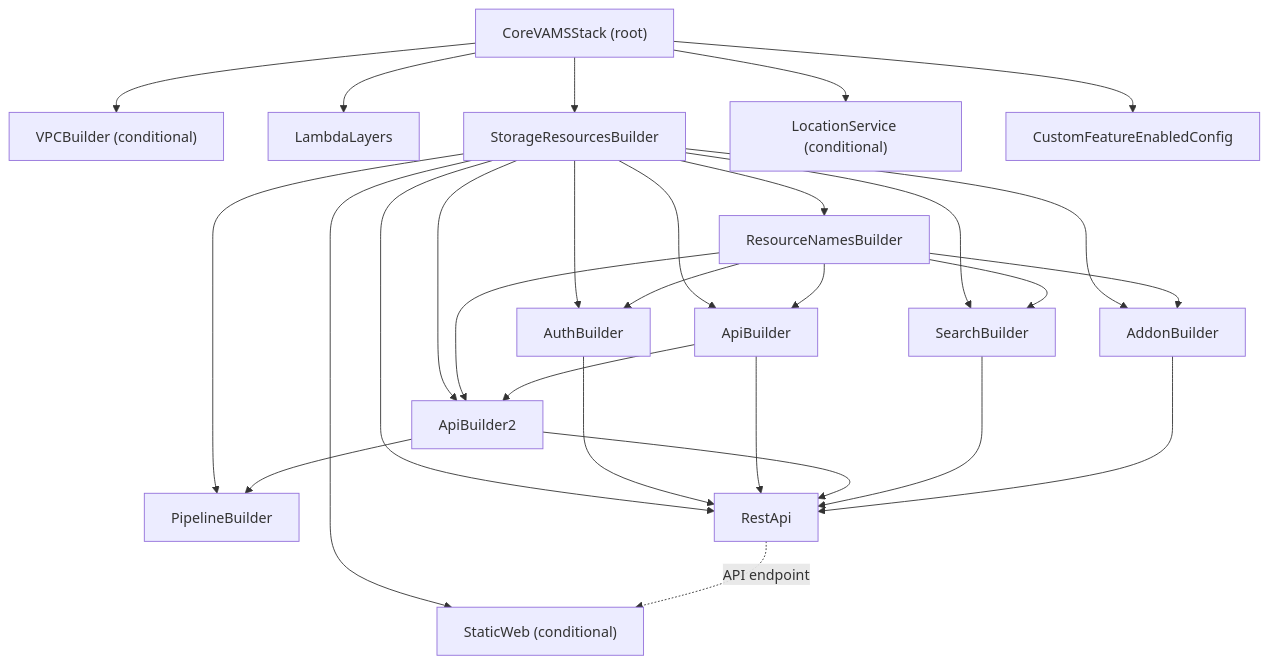
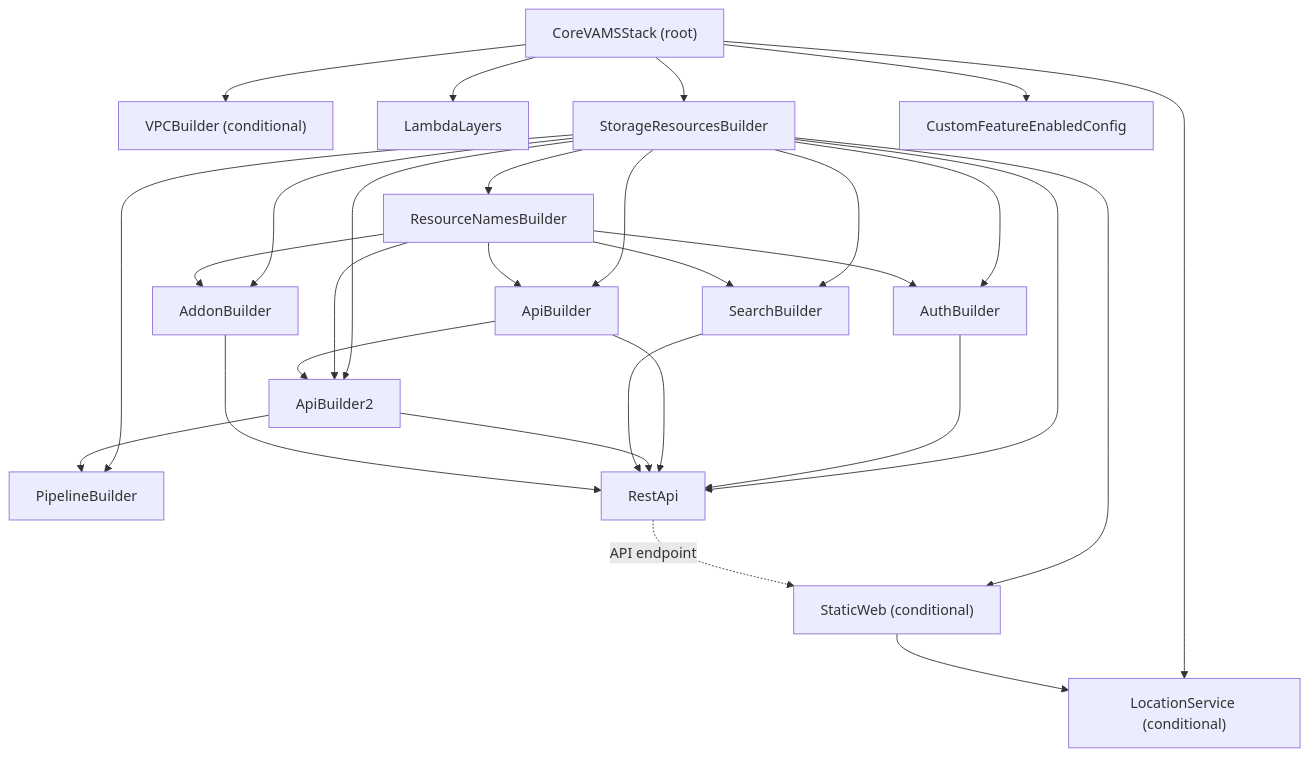
The diagram in documentation/docusaurus-site/docs/developer/cdk.md (awslabs/visual-asset-management-system), drawn with Mermaid before and after one commit. The commit also changed other lines of this file and 11 other files, not shown here.

Commit message:
fix(cdk): limit the Location Service map key to the deployment's web origins (#579)

````diff
--- a/documentation/docusaurus-site/docs/developer/cdk.md
+++ b/documentation/docusaurus-site/docs/developer/cdk.md
@@ -24,46 +24,47 @@
 ```mermaid
 graph TD
     Core["CoreVAMSStack (root)"]
     VPC["VPCBuilder (conditional)"]
     Layers["LambdaLayers"]
     Storage["StorageResourcesBuilder"]
     Names["ResourceNamesBuilder"]
     Auth["AuthBuilder"]
     Api["ApiBuilder"]
     Api2["ApiBuilder2"]
     Search["SearchBuilder"]
     Pipeline["PipelineBuilder"]
     Addon["AddonBuilder"]
     Rest["RestApi"]
     Web["StaticWeb (conditional)"]
     Location["LocationService (conditional)"]
     Feature["CustomFeatureEnabledConfig"]
 
     Core --> VPC
     Core --> Layers
     Core --> Storage
     Core --> Location
     Core --> Feature
     Storage --> Names
     Storage --> Auth
     Names --> Auth
     Storage --> Api
     Names --> Api
     Storage --> Api2
     Names --> Api2
     Api --> Api2
     Storage --> Search
     Names --> Search
     Storage --> Pipeline
     Api2 --> Pipeline
     Storage --> Addon
     Names --> Addon
     Storage --> Rest
     Auth --> Rest
     Api --> Rest
     Api2 --> Rest
     Search --> Rest
     Addon --> Rest
     Storage --> Web
     Rest -.->|API endpoint| Web
+    Web --> Location
 ```
````
